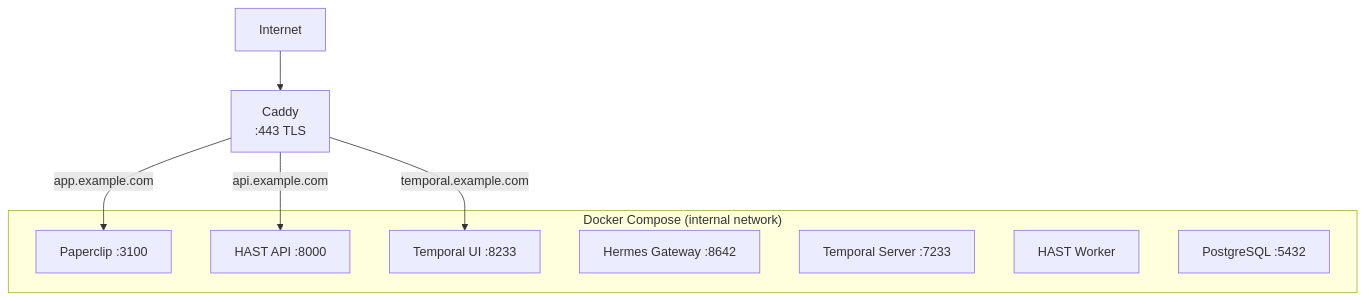
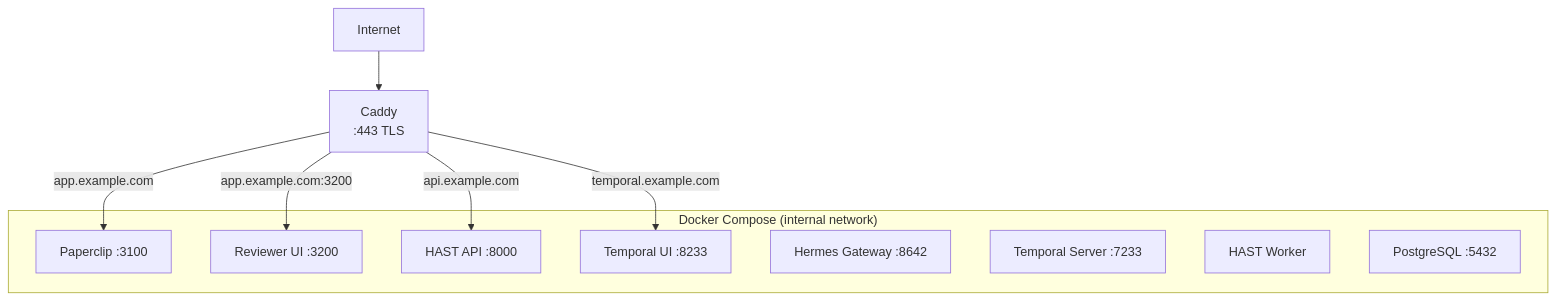
Before and after one commit to fierro-ltd/lecture-agentic-ai: the second of 2 diagrams in docs/DEPLOYMENT.md, drawn with Mermaid. The commit also changed other lines of this file and 5 other files, not shown here.

````diff
--- a/docs/DEPLOYMENT.md
+++ b/docs/DEPLOYMENT.md
@@ -123,17 +126,19 @@
 ```mermaid
 graph TD
     Internet["Internet"] --> Caddy["Caddy<br/>:443 TLS"]
     Caddy -- "app.example.com" --> PAP["Paperclip :3100"]
+    Caddy -- "app.example.com:3200" --> RUI["Reviewer UI :3200"]
     Caddy -- "api.example.com" --> HAST["HAST API :8000"]
     Caddy -- "temporal.example.com" --> TUI["Temporal UI :8233"]
 
     subgraph "Docker Compose (internal network)"
         PAP
+        RUI
         HAST
         TUI
         HG["Hermes Gateway :8642"]
         TMP["Temporal Server :7233"]
         WRK["HAST Worker"]
         PG["PostgreSQL :5432"]
     end
 ```
````
